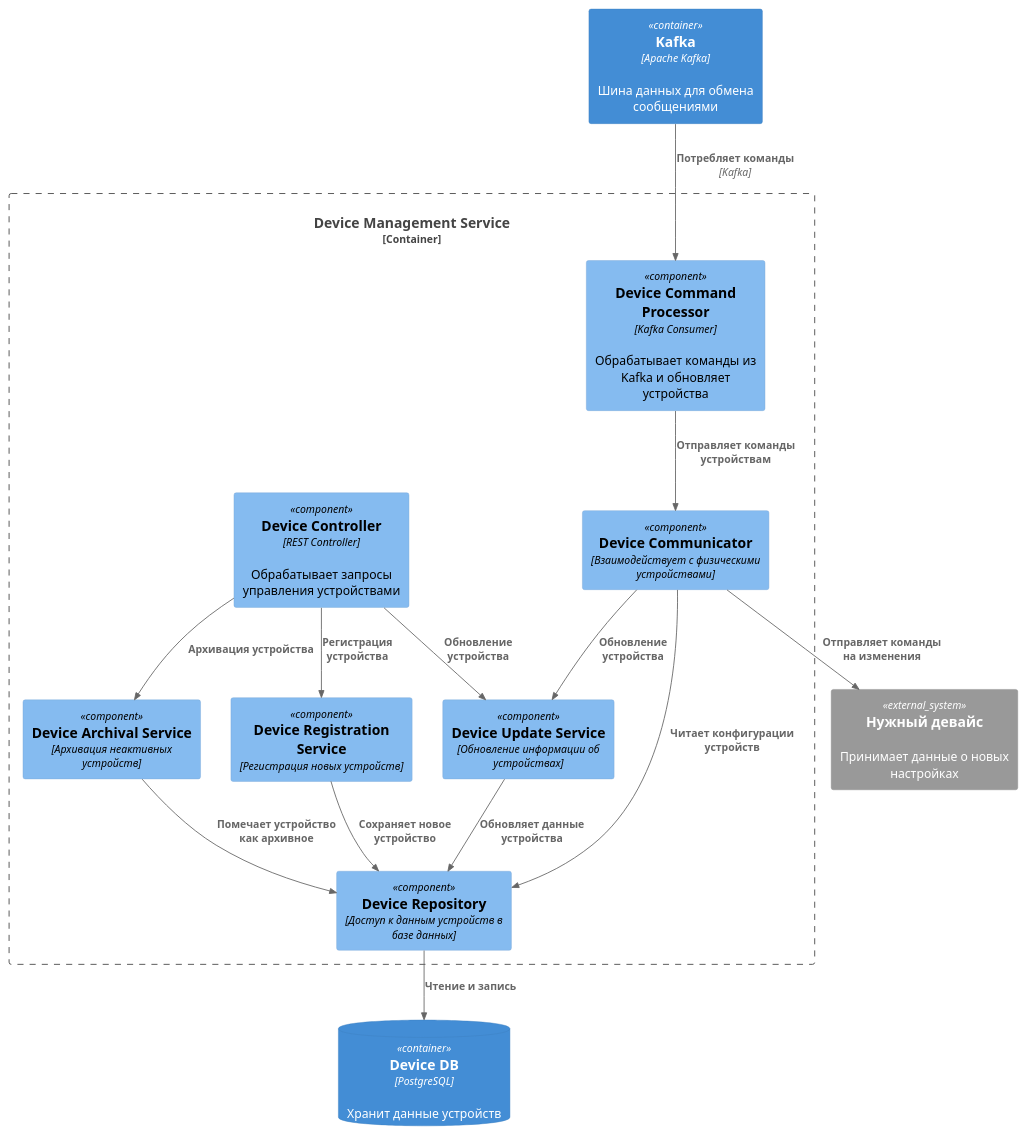
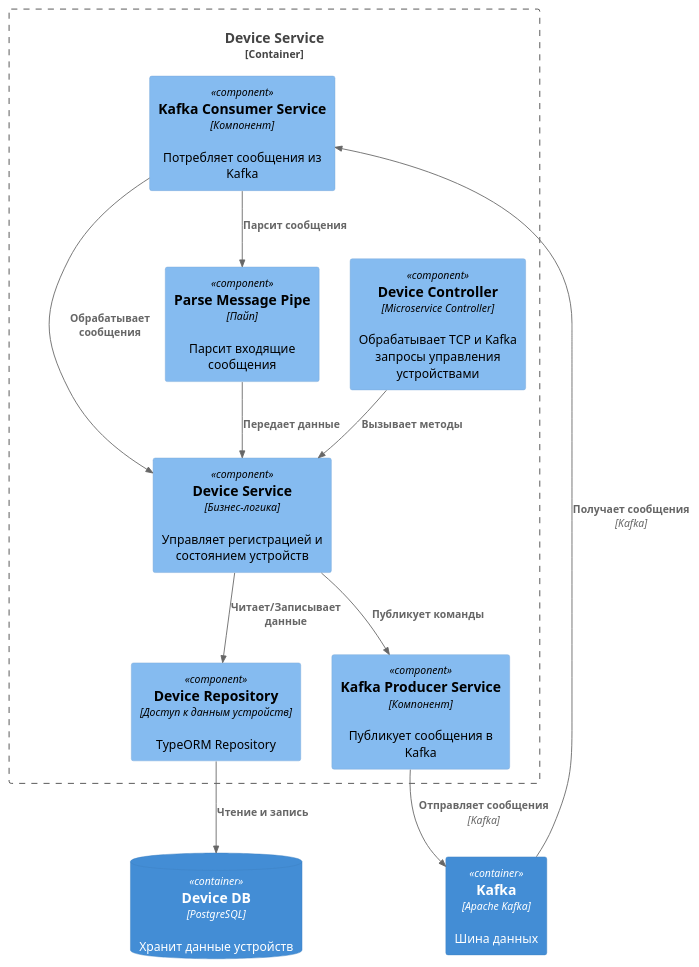
One commit to Veles-Pan/practicum-architecture-sprint-3 changed the fourth of 10 diagrams in docs/diagrams/src/task_2.puml. Above: the diagram before and after it, drawn with PlantUML. The commit also changed other lines of this file and 12 other files, not shown here.

```diff
--- a/docs/diagrams/src/task_2.puml
+++ b/docs/diagrams/src/task_2.puml
@@ -126,47 +138,37 @@
 @startuml device_service_component
 !include C4_Component.puml
 
-System_Ext(Device, "Нужный девайс", "Принимает данные о новых настройках")
+Container_Boundary(deviceService, "Device Service") {
 
+    ' Контроллеры
+    Component(deviceController, "Device Controller", "Microservice Controller", "Обрабатывает TCP и Kafka запросы управления устройствами")
 
-Container_Boundary(deviceService, "Device Management Service") {
-    ' Контроллеры
-    Component(deviceController, "Device Controller", "REST Controller", "Обрабатывает запросы управления устройствами")
-    
     ' Сервисы
-    Component(deviceRegistrationService, "Device Registration Service", "Регистрация новых устройств")
-    Component(deviceUpdateService, "Device Update Service", "Обновление информации об устройствах")
-    Component(deviceArchivalService, "Device Archival Service", "Архивация неактивных устройств")
-    Component(deviceCommandProcessor, "Device Command Processor", "Kafka Consumer", "Обрабатывает команды из Kafka и обновляет устройства")
-    
+    Component(deviceServiceComponent, "Device Service", "Бизнес-логика", "Управляет регистрацией и состоянием устройств")
+
+    ' Компоненты Kafka
+    Component(kafkaProducerService, "Kafka Producer Service", "Компонент", "Публикует сообщения в Kafka")
+    Component(kafkaConsumerService, "Kafka Consumer Service", "Компонент", "Потребляет сообщения из Kafka")
+
     ' Репозитории
-    Component(deviceRepository, "Device Repository",  "Доступ к данным устройств в базе данных")
-    
-    ' Компонент для взаимодействия с устройствами
-    Component(deviceCommunicator, "Device Communicator",  "Взаимодействует с физическими устройствами")
+    Component(deviceRepository, "Device Repository", "Доступ к данным устройств", "TypeORM Repository")
+
+    ' Пайпы
+    Component(parseMessagePipe, "Parse Message Pipe", "Пайп", "Парсит входящие сообщения")
 }
 
-' Внешние системы
 ContainerDb(deviceDB, "Device DB", "PostgreSQL", "Хранит данные устройств")
-Container(kafka, "Kafka", "Apache Kafka", "Шина данных для обмена сообщениями")
+Container(kafka, "Kafka", "Apache Kafka", "Шина данных")
 
 ' Взаимодействия компонентов
-Rel(deviceController, deviceRegistrationService, "Регистрация устройства")
-Rel(deviceController, deviceUpdateService, "Обновление устройства")
-Rel(deviceCommunicator, deviceUpdateService, "Обновление устройства")
-
-Rel(deviceController, deviceArchivalService, "Архивация устройства")
-Rel(deviceRegistrationService, deviceRepository, "Сохраняет новое устройство")
-Rel(deviceUpdateService, deviceRepository, "Обновляет данные устройства")
-Rel(deviceArchivalService, deviceRepository, "Помечает устройство как архивное")
+Rel(deviceController, deviceServiceComponent, "Вызывает методы")
+Rel(deviceServiceComponent, deviceRepository, "Читает/Записывает данные")
+Rel(deviceServiceComponent, kafkaProducerService, "Публикует команды")
+Rel(kafkaProducerService, kafka, "Отправляет сообщения", "Kafka")
+Rel(kafka, kafkaConsumerService, "Получает сообщения", "Kafka")
+Rel(kafkaConsumerService, deviceServiceComponent, "Обрабатывает сообщения")
+Rel(kafkaConsumerService, parseMessagePipe, "Парсит сообщения")
+Rel(parseMessagePipe, deviceServiceComponent, "Передает данные")
 Rel(deviceRepository, deviceDB, "Чтение и запись")
 
-' Интеграция с Kafka
-Rel(kafka, deviceCommandProcessor, "Потребляет команды", "Kafka")
-Rel(deviceCommandProcessor, deviceCommunicator, "Отправляет команды устройствам")
-Rel(deviceCommunicator, deviceRepository, "Читает конфигурации устройств")
-
-' Внешние взаимодействия
-Rel(deviceCommunicator, Device, "Отправляет команды на изменения")
-
 @enduml
```
